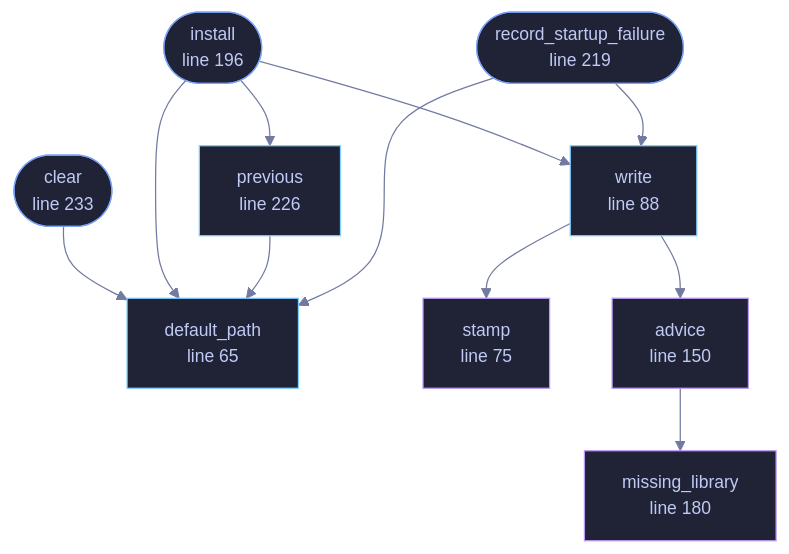
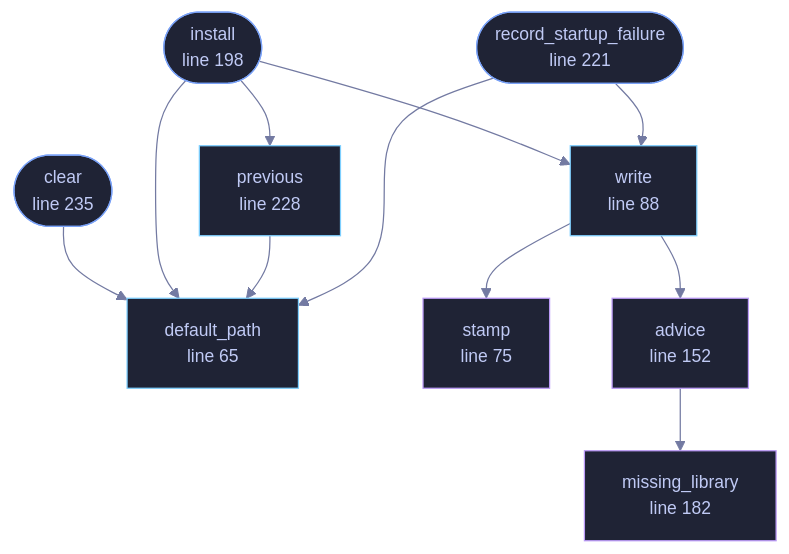
One commit to tilas01/veilvoice changed the diagram in docs/files/veilvoice-gui/crashlog.md. Above: the diagram before and after it, drawn with Mermaid. The commit also changed other lines of this file and 72 other files, not shown here.

````diff
--- a/docs/files/veilvoice-gui/crashlog.md
+++ b/docs/files/veilvoice-gui/crashlog.md
@@ -114,38 +114,38 @@
 ```mermaid
 %%{init: {"theme":"base","themeVariables":{"background":"#1a1b26","primaryColor":"#1f2335","primaryTextColor":"#c0caf5","primaryBorderColor":"#7aa2f7","secondaryColor":"#16161e","tertiaryColor":"#16161e","lineColor":"#737aa2","textColor":"#c0caf5","mainBkg":"#1f2335","nodeBorder":"#7aa2f7","clusterBkg":"#16161e","clusterBorder":"#2f3549","fontFamily":"ui-monospace, SFMono-Regular, Consolas, monospace","fontSize":"14px"}}}%%
 flowchart TD
     n_default_path["default_path<br/>line 65"]
     n_stamp["stamp<br/>line 75"]
     n_write["write<br/>line 88"]
-    n_advice["advice<br/>line 150"]
-    n_missing_library["missing_library<br/>line 180"]
-    n_install(["install<br/>line 196"])
-    n_record_startup_failure(["record_startup_failure<br/>line 219"])
-    n_previous["previous<br/>line 226"]
-    n_clear(["clear<br/>line 233"])
+    n_advice["advice<br/>line 152"]
+    n_missing_library["missing_library<br/>line 182"]
+    n_install(["install<br/>line 198"])
+    n_record_startup_failure(["record_startup_failure<br/>line 221"])
+    n_previous["previous<br/>line 228"]
+    n_clear(["clear<br/>line 235"])
     n_advice --> n_missing_library
     n_clear --> n_default_path
     n_install --> n_default_path
     n_install --> n_previous
     n_install --> n_write
     n_previous --> n_default_path
     n_record_startup_failure --> n_default_path
     n_record_startup_failure --> n_write
     n_write --> n_advice
     n_write --> n_stamp
     click n_default_path href "https://github.com/tilas01/veilvoice/blob/main/crates/veilvoice-gui/src/crashlog.rs#L65" "open the source"
     click n_stamp href "https://github.com/tilas01/veilvoice/blob/main/crates/veilvoice-gui/src/crashlog.rs#L75" "open the source"
     click n_write href "https://github.com/tilas01/veilvoice/blob/main/crates/veilvoice-gui/src/crashlog.rs#L88" "open the source"
-    click n_advice href "https://github.com/tilas01/veilvoice/blob/main/crates/veilvoice-gui/src/crashlog.rs#L150" "open the source"
-    click n_missing_library href "https://github.com/tilas01/veilvoice/blob/main/crates/veilvoice-gui/src/crashlog.rs#L180" "open the source"
-    click n_install href "https://github.com/tilas01/veilvoice/blob/main/crates/veilvoice-gui/src/crashlog.rs#L196" "open the source"
-    click n_record_startup_failure href "https://github.com/tilas01/veilvoice/blob/main/crates/veilvoice-gui/src/crashlog.rs#L219" "open the source"
-    click n_previous href "https://github.com/tilas01/veilvoice/blob/main/crates/veilvoice-gui/src/crashlog.rs#L226" "open the source"
-    click n_clear href "https://github.com/tilas01/veilvoice/blob/main/crates/veilvoice-gui/src/crashlog.rs#L233" "open the source"
+    click n_advice href "https://github.com/tilas01/veilvoice/blob/main/crates/veilvoice-gui/src/crashlog.rs#L152" "open the source"
+    click n_missing_library href "https://github.com/tilas01/veilvoice/blob/main/crates/veilvoice-gui/src/crashlog.rs#L182" "open the source"
+    click n_install href "https://github.com/tilas01/veilvoice/blob/main/crates/veilvoice-gui/src/crashlog.rs#L198" "open the source"
+    click n_record_startup_failure href "https://github.com/tilas01/veilvoice/blob/main/crates/veilvoice-gui/src/crashlog.rs#L221" "open the source"
+    click n_previous href "https://github.com/tilas01/veilvoice/blob/main/crates/veilvoice-gui/src/crashlog.rs#L228" "open the source"
+    click n_clear href "https://github.com/tilas01/veilvoice/blob/main/crates/veilvoice-gui/src/crashlog.rs#L235" "open the source"
     classDef entry fill:#1f2335,stroke:#7aa2f7,color:#c0caf5
     class n_install,n_record_startup_failure,n_clear entry
     classDef api fill:#1f2335,stroke:#7dcfff,color:#c0caf5
     class n_default_path,n_write,n_previous api
     classDef helper fill:#1f2335,stroke:#bb9af7,color:#c0caf5
     class n_stamp,n_advice,n_missing_library helper
 ```
````
